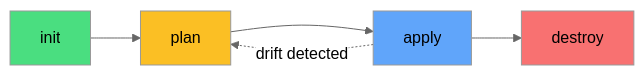
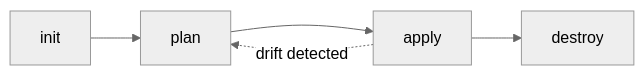
The third of 3 diagrams in devops/introduction_about_terraform.mdx (TechnoBureau/docs), drawn with Mermaid (neutral theme) before and after one commit. The commit also changed 3 other files, not shown here.

Commit message:
fix: remove unnecessary style definitions from graph visualizations

````diff
--- a/devops/introduction_about_terraform.mdx
+++ b/devops/introduction_about_terraform.mdx
@@ -531,12 +531,8 @@
 ```mermaid
 graph LR
     A[init] --> B[plan]
     B --> C[apply]
     C --> D[destroy]
     C -.->|drift detected | B
-    
-    style A fill:#4ade80
-    style B fill:#fbbf24
-    style C fill:#60a5fa
-    style D fill:#f87171
+
 ```
````
